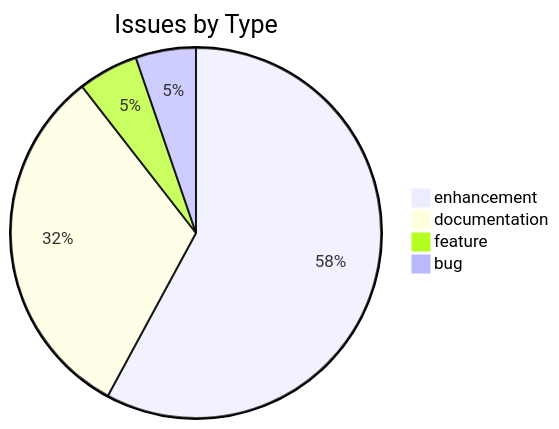
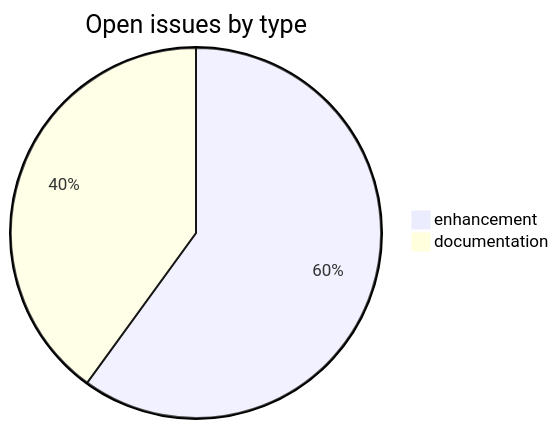
One commit to sanskrit-lexicon/csl-homepage changed the first of 2 diagrams in README.md. Above: the diagram before and after it, drawn with Mermaid. The commit also changed other lines of this file, not shown here.

````diff
--- a/README.md
+++ b/README.md
@@ -17,7 +28,5 @@
 ```mermaid
-pie title Issues by Type
-    "enhancement" : 11
-    "documentation" : 6
-    "feature" : 1
-    "bug" : 1
+pie title Open issues by type
+    "enhancement" : 3
+    "documentation" : 2
 ```
````
